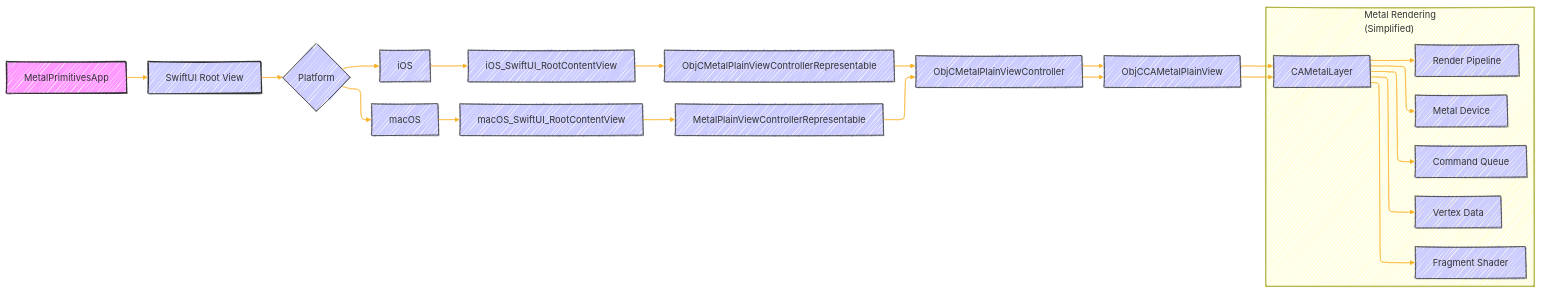
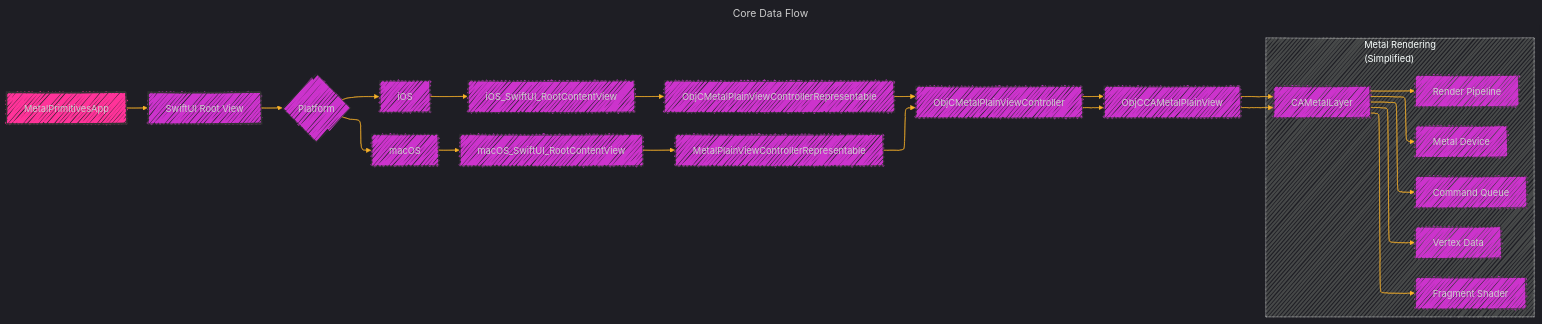
One commit to CongLeSolutionX/Metal-Primitives changed the fourth of 8 diagrams in Documentation_Consolidated_Version_Draft_2.md. Above: the diagram before and after it, drawn with Mermaid. The commit also changed other lines of this file, not shown here.

````diff
--- a/Documentation_Consolidated_Version_Draft_2.md
+++ b/Documentation_Consolidated_Version_Draft_2.md
@@ -250,13 +257,17 @@
 ```mermaid
+---
+title: Core Data Flow
+config:
+  layout: elk
+  look: handDrawn
+  theme: dark
+---
 %%{
   init: {
-    'theme': 'default',
-    'layout': 'elk',
-    'look': 'handDrawn',
     'fontFamily': 'verdana',
     'themeVariables': {
       'primaryColor': '#BB2528',
-      'primaryTextColor': '#fff',
+      'primaryTextColor': '#f529',
       'primaryBorderColor': '#7C0000',
       'lineColor': '#F8B229',
       'secondaryColor': '#006100',
@@ -290,23 +301,24 @@
         J --> Q[Fragment Shader];
     end
 
-    style A fill:#f9f,stroke:#333,stroke-width:2px
-    style B fill:#ccf,stroke:#333,stroke-width:2px
-    style C fill:#ccf,stroke:#333,stroke-width:1px
-    style D fill:#ccf,stroke:#333,stroke-width:1px
-    style E fill:#ccf,stroke:#333,stroke-width:1px
-    style F fill:#ccf,stroke:#333,stroke-width:1px
-    style G fill:#ccf,stroke:#333,stroke-width:1px
-    style H fill:#ccf,stroke:#333,stroke-width:1px
-    style I fill:#ccf,stroke:#333,stroke-width:1px
-    style J fill:#ccf,stroke:#333,stroke-width:1px
-    style K fill:#ccf,stroke:#333,stroke-width:1px
-    style L fill:#ccf,stroke:#333,stroke-width:1px
-    style M fill:#ccf,stroke:#333,stroke-width:1px
-    style N fill:#ccf,stroke:#333,stroke-width:1px
-    style O fill:#ccf,stroke:#333,stroke-width:1px
-    style P fill:#ccf,stroke:#333,stroke-width:1px
-    style Q fill:#ccf,stroke:#333,stroke-width:1px
+    style A fill:#f39f,stroke:#333,stroke-width:2px
+    style B fill:#c3cf,stroke:#333,stroke-width:2px
+    style C fill:#c3cf,stroke:#333,stroke-width:1px
+    style D fill:#c3cf,stroke:#333,stroke-width:1px
+    style E fill:#c3cf,stroke:#333,stroke-width:1px
+    style F fill:#c3cf,stroke:#333,stroke-width:1px
+    style G fill:#c3cf,stroke:#333,stroke-width:1px
+    style H fill:#c3cf,stroke:#333,stroke-width:1px
+    style I fill:#c3cf,stroke:#333,stroke-width:1px
+    style J fill:#c3cf,stroke:#333,stroke-width:1px
+    style K fill:#c3cf,stroke:#333,stroke-width:1px
+    style L fill:#c3cf,stroke:#333,stroke-width:1px
+    style M fill:#c3cf,stroke:#333,stroke-width:1px
+    style N fill:#c3cf,stroke:#333,stroke-width:1px
+    style O fill:#c3cf,stroke:#333,stroke-width:1px
+    style P fill:#c3cf,stroke:#333,stroke-width:1px
+    style Q fill:#c3cf,stroke:#333,stroke-width:1px
+
     click A "https://developer.apple.com/documentation/swiftui/app"
     click B "https://developer.apple.com/documentation/swiftui/view"
     click C "https://developer.apple.com/documentation/swiftui/view"
````
